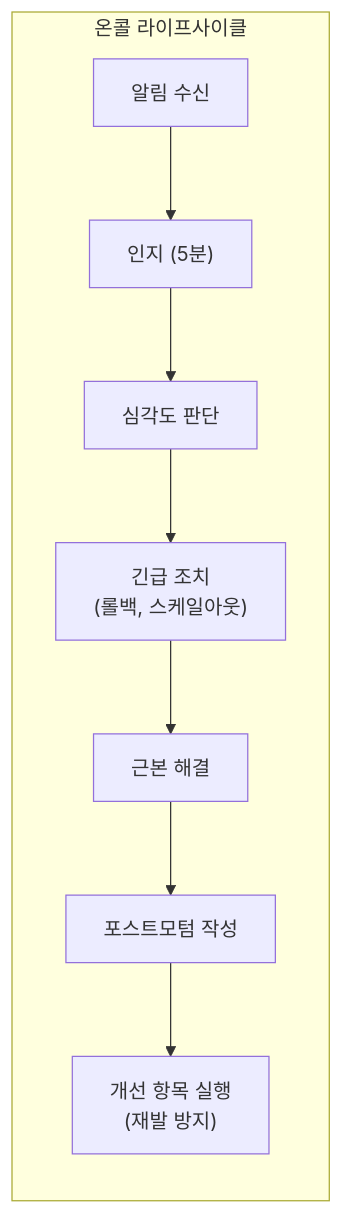
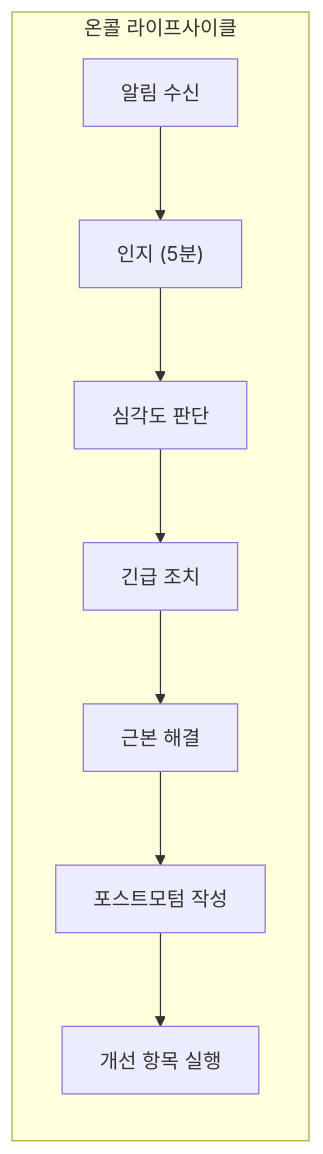
The eighth of 8 diagrams in _posts/monitoring/2026-05-03-sre-golden-signals.md (yjkim2015/yjkim2015.github.io), drawn with Mermaid before and after one commit. The commit also changed other lines of this file and 217 other files, not shown here.

First line of the commit message:
Mermaid 크기 수정: useMaxWidth:true + SVG max-width:100% + 라벨 축소

````diff
--- a/_posts/monitoring/2026-05-03-sre-golden-signals.md
+++ b/_posts/monitoring/2026-05-03-sre-golden-signals.md
@@ -546,11 +546,11 @@
 ```mermaid
 graph LR
     subgraph "온콜 라이프사이클"
         ALERT_IN["알림 수신"] --> ACK["인지 (5분)"]
         ACK --> ASSESS["심각도 판단"]
-        ASSESS --> MITIGATE["긴급 조치\n(롤백, 스케일아웃)"]
+        ASSESS --> MITIGATE["긴급 조치"]
         MITIGATE --> RESOLVE["근본 해결"]
         RESOLVE --> PM["포스트모텀 작성"]
-        PM --> ACTION["개선 항목 실행\n(재발 방지)"]
+        PM --> ACTION["개선 항목 실행"]
     end
 ```
````
